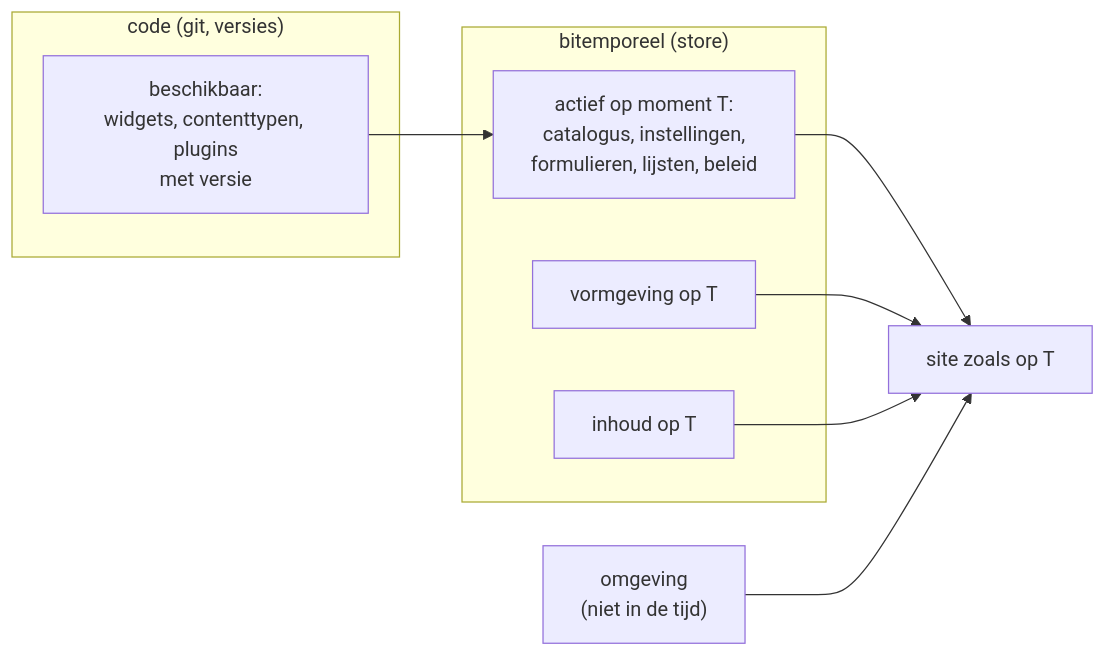
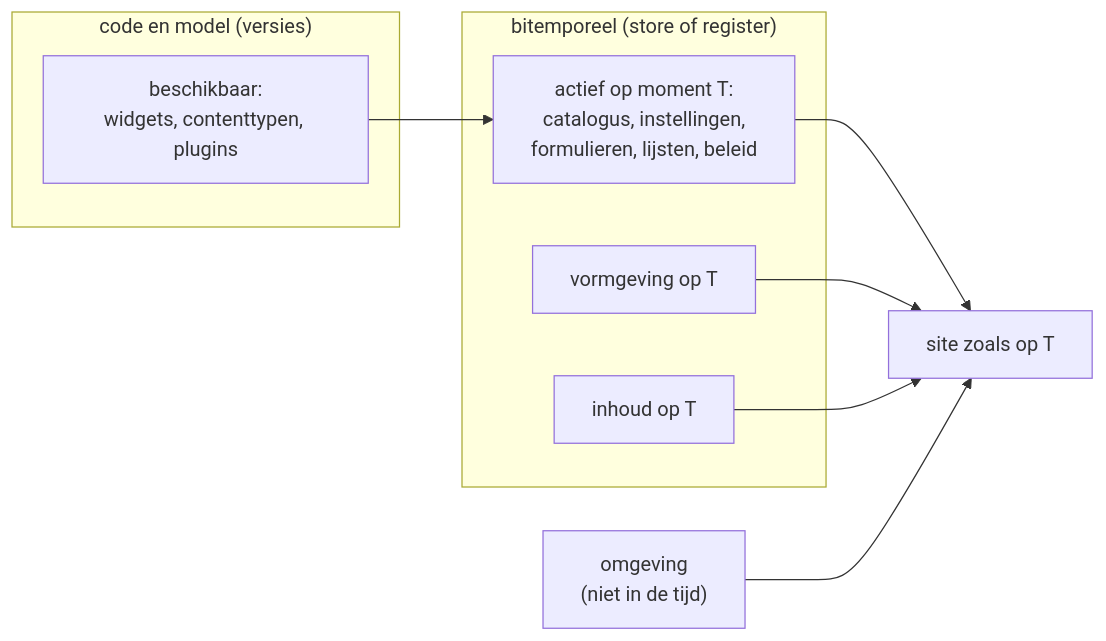
Before and after one commit to MarkWestbroek/imprint-engine: the third of 3 diagrams in docs/design/fase-3-admin-toegang-tijdreizen.md, drawn with Mermaid. The commit also changed other lines of this file and 4 other files, not shown here.

````diff
--- a/docs/design/fase-3-admin-toegang-tijdreizen.md
+++ b/docs/design/fase-3-admin-toegang-tijdreizen.md
@@ -308,17 +410,17 @@
 ```mermaid
 flowchart LR
-    subgraph code["code (git, versies)"]
-        AV["beschikbaar:<br/>widgets, contenttypen, plugins<br/>met versie"]
+    subgraph code["code en model (versies)"]
+        AV["beschikbaar:<br/>widgets, contenttypen, plugins"]
     end
-    subgraph tijd["bitemporeel (store)"]
+    subgraph tijd["bitemporeel (store of register)"]
         ACT["actief op moment T:<br/>catalogus, instellingen,<br/>formulieren, lijsten, beleid"]
         VORM["vormgeving op T"]
         INH["inhoud op T"]
     end
     ENV["omgeving<br/>(niet in de tijd)"]
     AV --> ACT
     ACT --> SITE["site zoals op T"]
     VORM --> SITE
     INH --> SITE
     ENV --> SITE
 ```
````
